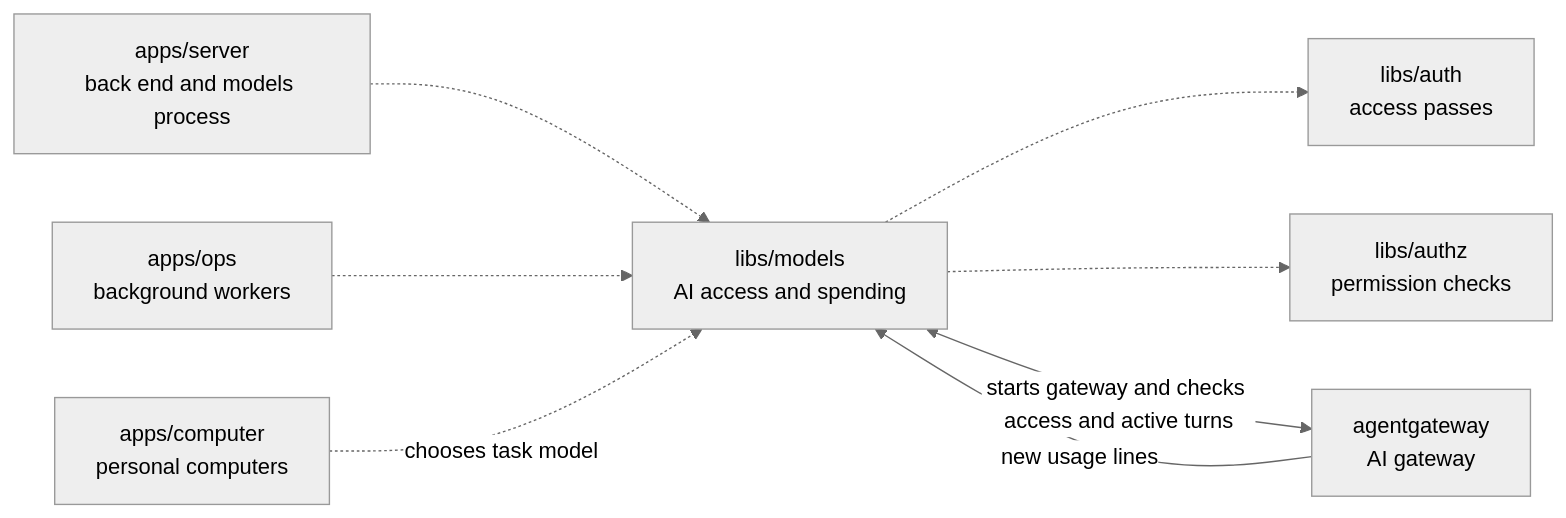
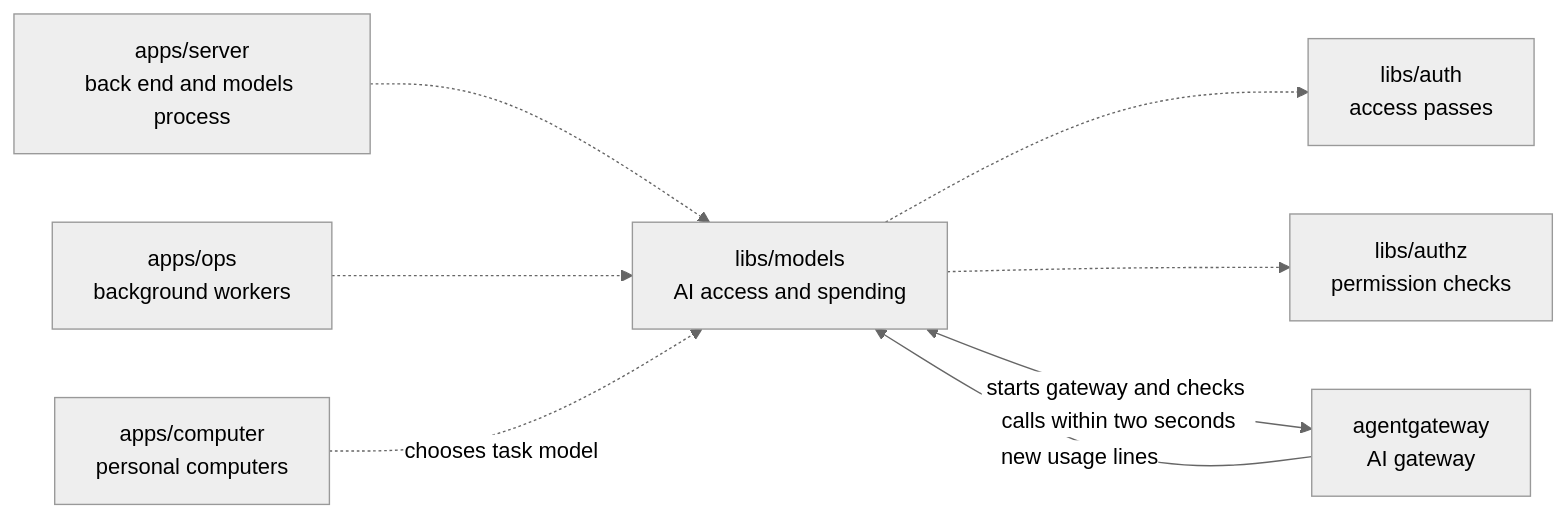
Before and after one commit to elewa-git/opencrane-new: the diagram in libs/models/README.md, drawn with Mermaid (neutral theme). The commit also changed other lines of this file and 4 other files, not shown here.

Commit message:
🐛 Keep decisions within the gateway timeout and refuse disconnected callers

````diff
--- a/libs/models/README.md
+++ b/libs/models/README.md
@@ -11,10 +11,10 @@
 ```mermaid
 flowchart LR
   server["apps/server<br/>back end and models process"] -.-> models["libs/models<br/>AI access and spending"]
   ops["apps/ops<br/>background workers"] -.-> models
   computer["apps/computer<br/>personal computers"] -.->|chooses task model| models
   models -.-> auth["libs/auth<br/>access passes"]
   models -.-> authz["libs/authz<br/>permission checks"]
-  models <-->|starts gateway and checks access and active turns| gateway["agentgateway<br/>AI gateway"]
+  models <-->|starts gateway and checks calls within two seconds| gateway["agentgateway<br/>AI gateway"]
   gateway -->|new usage lines| models
 ```
````
